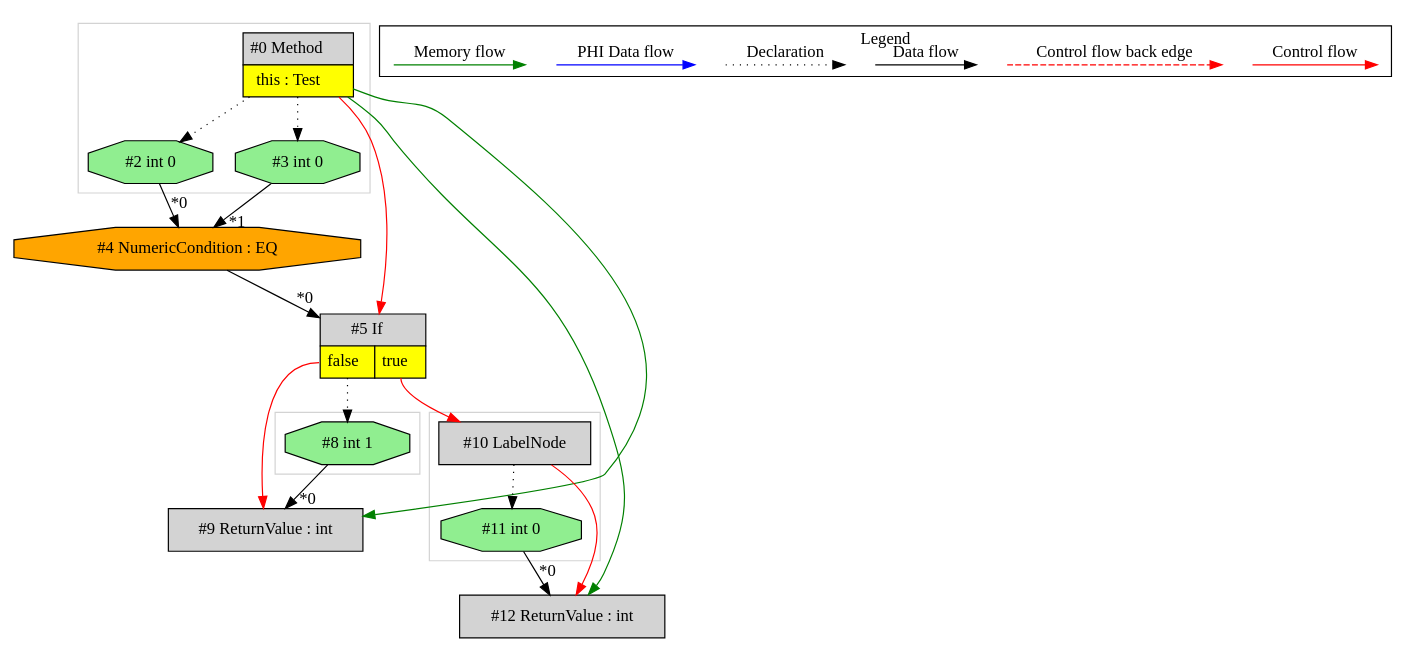
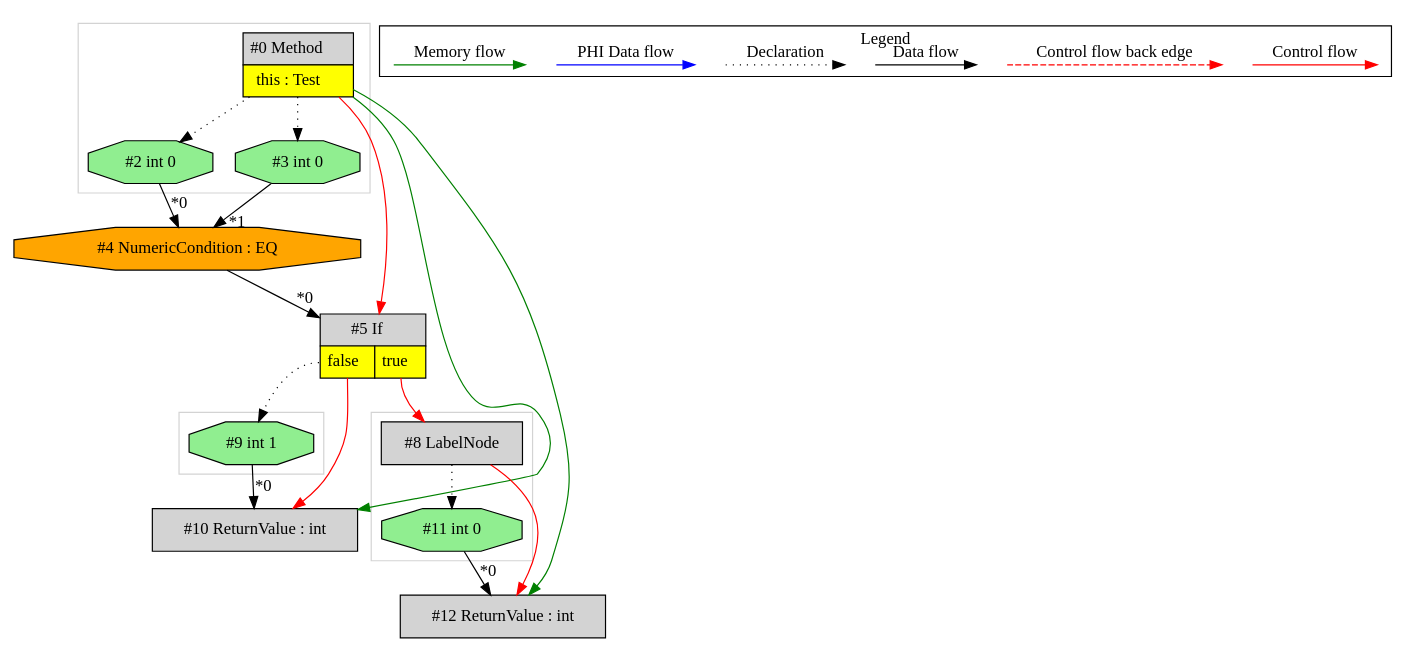
One commit to mirkosertic/MetaIR changed the diagram in de.mirkosertic.metair.ir.OpcodeIFICMPEQTest/test_IF_ICMPEQ/ir.dot. Above: the diagram before and after it, drawn with Graphviz. The commit also changed 710 other files, not shown here.

```diff
--- a/de.mirkosertic.metair.ir.OpcodeIFICMPEQTest/test_IF_ICMPEQ/ir.dot
+++ b/de.mirkosertic.metair.ir.OpcodeIFICMPEQTest/test_IF_ICMPEQ/ir.dot
@@ -1,69 +1,69 @@
 digraph {
  ordering="in";
  node0[margin="0", label=<<table border="0" cellborder="1" cellspacing="0" cellpadding="5"><tr><td colspan="1">#0 Method</td></tr><tr><td port="prj1" bgcolor="yellow">this : Test</td></tr></table>>,shape=none, fillcolor=lightgrey, style=filled];
  node3[label="#3 int 0",shape=octagon, fillcolor=lightgreen, style=filled];
  node0 -> node3[style=dotted];
  node4[label="#4 NumericCondition : EQ",shape=octagon, fillcolor=orange, style=filled];
  node2 -> node4[headlabel="*0", labeldistance=2];
  node3 -> node4[headlabel="*1", labeldistance=2];
  node2[label="#2 int 0",shape=octagon, fillcolor=lightgreen, style=filled];
  node0 -> node2[style=dotted];
- node5[margin="0", label=<<table border="0" cellborder="1" cellspacing="0" cellpadding="5"><tr><td colspan="2">#5 If</td></tr><tr><td port="prj6" bgcolor="yellow">false</td><td port="prj7" bgcolor="yellow">true</td></tr></table>>,shape=none, fillcolor=lightgrey, style=filled];
+ node5[margin="0", label=<<table border="0" cellborder="1" cellspacing="0" cellpadding="5"><tr><td colspan="2">#5 If</td></tr><tr><td port="prj7" bgcolor="yellow">false</td><td port="prj6" bgcolor="yellow">true</td></tr></table>>,shape=none, fillcolor=lightgrey, style=filled];
  node4 -> node5[headlabel="*0", labeldistance=2];
  node0 -> node5[labeldistance=2, color=red, fontcolor=red];
- node10[label="#10 LabelNode",shape=box, fillcolor=lightgrey, style=filled];
+ node10[label="#10 ReturnValue : int",shape=box, fillcolor=lightgrey, style=filled];
+ node9 -> node10[headlabel="*0", labeldistance=2];
  node5:prj7 -> node10[labeldistance=2, color=red, fontcolor=red];
+ node0 -> node10[labeldistance=2, color=green, constraint=false];
+ node9[label="#9 int 1",shape=octagon, fillcolor=lightgreen, style=filled];
+ node5:prj7 -> node9[style=dotted];
+ node8[label="#8 LabelNode",shape=box, fillcolor=lightgrey, style=filled];
+ node5:prj6 -> node8[labeldistance=2, color=red, fontcolor=red];
+ node11[label="#11 int 0",shape=octagon, fillcolor=lightgreen, style=filled];
+ node8 -> node11[style=dotted];
  node12[label="#12 ReturnValue : int",shape=box, fillcolor=lightgrey, style=filled];
  node11 -> node12[headlabel="*0", labeldistance=2];
- node10 -> node12[labeldistance=2, color=red, fontcolor=red];
+ node8 -> node12[labeldistance=2, color=red, fontcolor=red];
  node0 -> node12[labeldistance=2, color=green, constraint=false];
- node11[label="#11 int 0",shape=octagon, fillcolor=lightgreen, style=filled];
- node10 -> node11[style=dotted];
- node9[label="#9 ReturnValue : int",shape=box, fillcolor=lightgrey, style=filled];
- node8 -> node9[headlabel="*0", labeldistance=2];
- node5:prj6 -> node9[labeldistance=2, color=red, fontcolor=red];
- node0 -> node9[labeldistance=2, color=green, constraint=false];
- node8[label="#8 int 1",shape=octagon, fillcolor=lightgreen, style=filled];
- node5:prj6 -> node8[style=dotted];
  subgraph cluster_0 {
-  color=lightgray;
-  node10;
-  node11;
- }
- subgraph cluster_1 {
   color=lightgray;
   node0;
   node2;
   node3;
  }
+ subgraph cluster_1 {
+  color=lightgray;
+  node8;
+  node11;
+ }
  subgraph cluster_2 {
   color=lightgray;
-  node8;
+  node9;
  }
  subgraph cluster_000 {
   label = "Legend";
   node [shape=point]
   {
    rank=same;
    c0 [style = invis];
    c1 [style = invis];
    c2 [style = invis];
    c3 [style = invis];
    d0 [style = invis];
    d1 [style = invis];
    d2 [style = invis];
    d3 [style = invis];
    d4 [style = invis];
    d5 [style = invis];
    d6 [style = invis];
    d7 [style = invis];
   }
   c0 -> c1 [label="Control flow", style=solid, color=red]
   c2 -> c3 [label="Control flow back edge", style=dashed, color=red]
   d0 -> d1 [label="Data flow"]
   d2 -> d3 [label="Declaration", style=dotted]
   d4 -> d5 [label="PHI Data flow", color=blue]
   d6 -> d7 [label="Memory flow", color=green]
  }
 
 }
```
